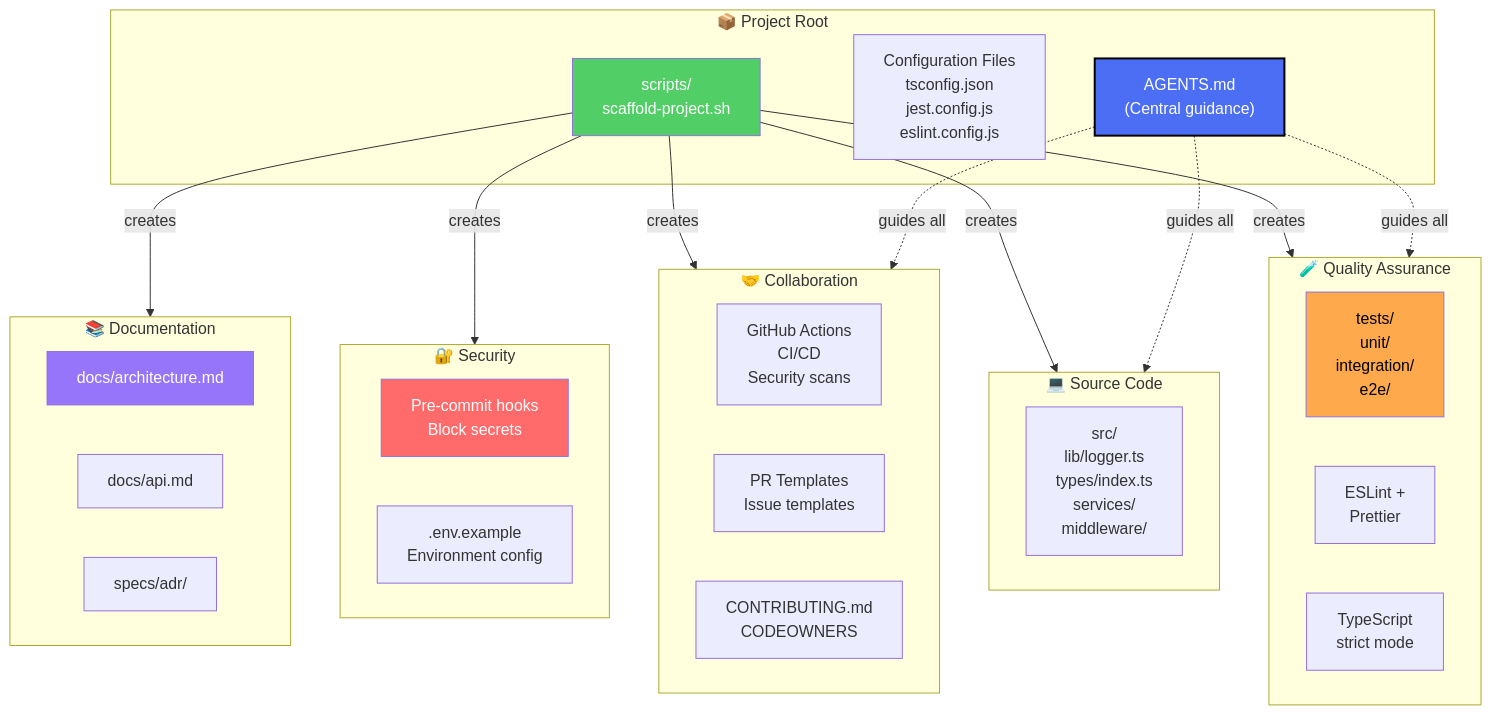
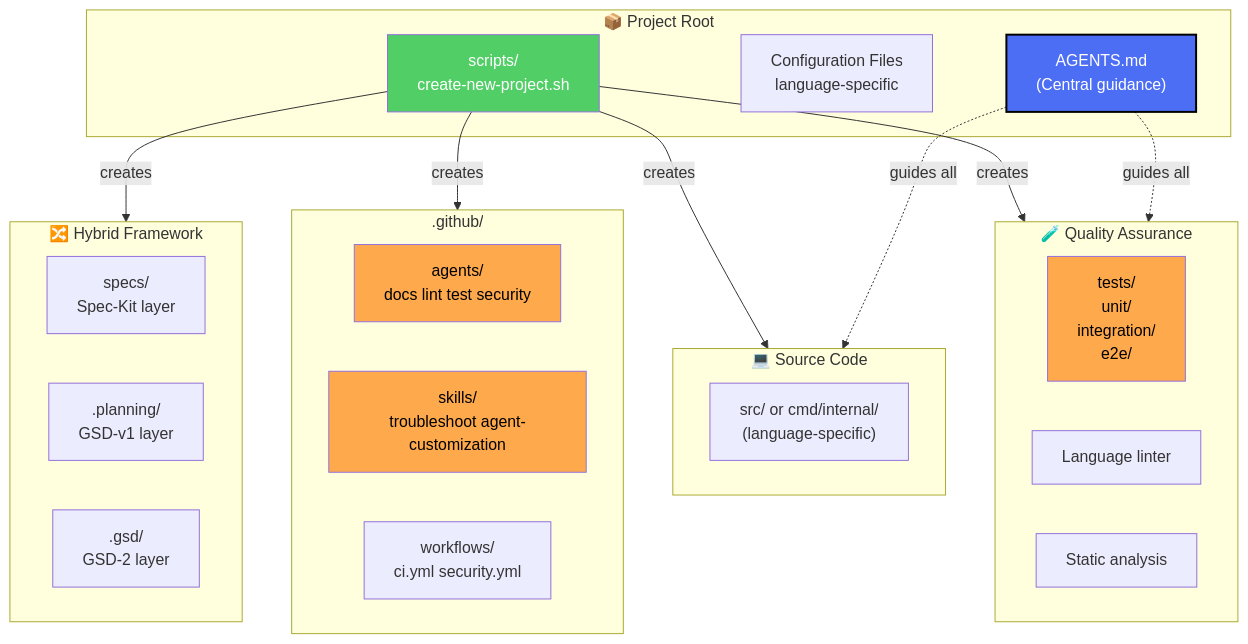
Before and after one commit to lfarizav/hdd-gsd2-hybrid-framework: the fourth of 4 diagrams in README.md, drawn with Mermaid. The commit also changed other lines of this file and 4 other files, not shown here.

First line of the commit message:
docs: update all documentation to reflect new single-entry-point workflow

````diff
--- a/README.md
+++ b/README.md
@@ -282,50 +282,43 @@
 ```mermaid
 graph TB
     subgraph Root["📦 Project Root"]
-        Scripts["scripts/<br/>scaffold-project.sh"]
-        Config["Configuration Files<br/>tsconfig.json<br/>jest.config.js<br/>eslint.config.js"]
+        Scripts["scripts/<br/>create-new-project.sh"]
+        Config["Configuration Files<br/>language-specific"]
         Agents["AGENTS.md<br/>(Central guidance)"]
     end
 
+    subgraph GHFolder[".github/"]
+        AgentFiles["agents/<br/>docs lint test security"]
+        SkillFiles["skills/<br/>troubleshoot agent-customization"]
+        Workflows["workflows/<br/>ci.yml security.yml"]
+    end
+
     subgraph Code["💻 Source Code"]
-        Src["src/<br/>lib/logger.ts<br/>types/index.ts<br/>services/<br/>middleware/"]
+        Src["src/ or cmd/internal/<br/>(language-specific)"]
     end
 
     subgraph Quality["🧪 Quality Assurance"]
         Tests["tests/<br/>unit/<br/>integration/<br/>e2e/"]
-        Lint["ESLint +<br/>Prettier"]
-        TypeCheck["TypeScript<br/>strict mode"]
+        Lint["Language linter"]
+        TypeCheck["Static analysis"]
     end
 
-    subgraph Collab["🤝 Collaboration"]
-        GitHub["GitHub Actions<br/>CI/CD<br/>Security scans"]
-        PRTemplate["PR Templates<br/>Issue templates"]
-        Contributing["CONTRIBUTING.md<br/>CODEOWNERS"]
-    end
-
-    subgraph Security["🔐 Security"]
-        PreCommit["Pre-commit hooks<br/>Block secrets"]
-        Env[".env.example<br/>Environment config"]
-    end
-
-    subgraph Docs["📚 Documentation"]
-        Architecture["docs/architecture.md"]
-        API["docs/api.md"]
-        ADRs["specs/adr/"]
+    subgraph Hybrid["🔀 Hybrid Framework"]
+        Spec["specs/<br/>Spec-Kit layer"]
+        Plan[".planning/<br/>GSD-v1 layer"]
+        Exec[".gsd/<br/>GSD-2 layer"]
     end
 
     Scripts -->|creates| Code
     Scripts -->|creates| Quality
-    Scripts -->|creates| Collab
-    Scripts -->|creates| Security
-    Scripts -->|creates| Docs
+    Scripts -->|creates| GHFolder
+    Scripts -->|creates| Hybrid
     Agents -.->|guides all| Quality
     Agents -.->|guides all| Code
-    Agents -.->|guides all| Collab
 
     style Scripts fill:#51cf66,color:#fff
     style Agents fill:#4c6ef5,color:#fff,stroke:#000,stroke-width:2px
     style Tests fill:#ffa94d,color:#000
-    style PreCommit fill:#ff6b6b,color:#fff
-    style Architecture fill:#9775fa,color:#fff
+    style AgentFiles fill:#ffa94d,color:#000
+    style SkillFiles fill:#ffa94d,color:#000
 ```
````
